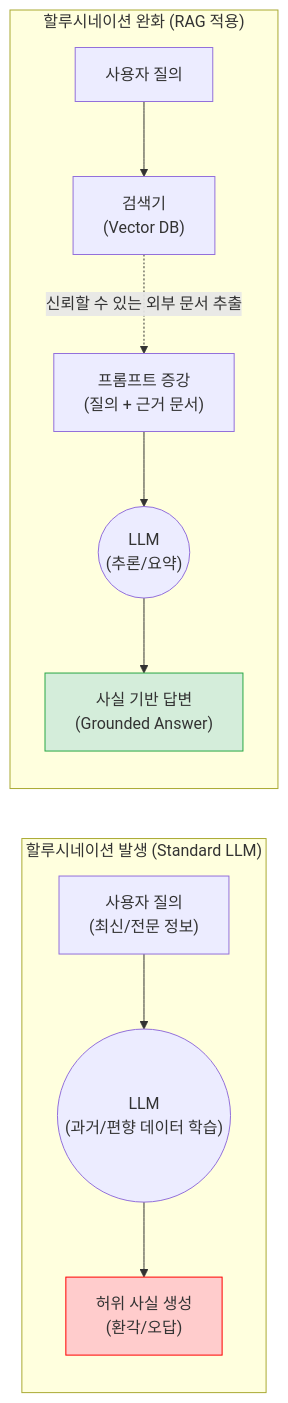
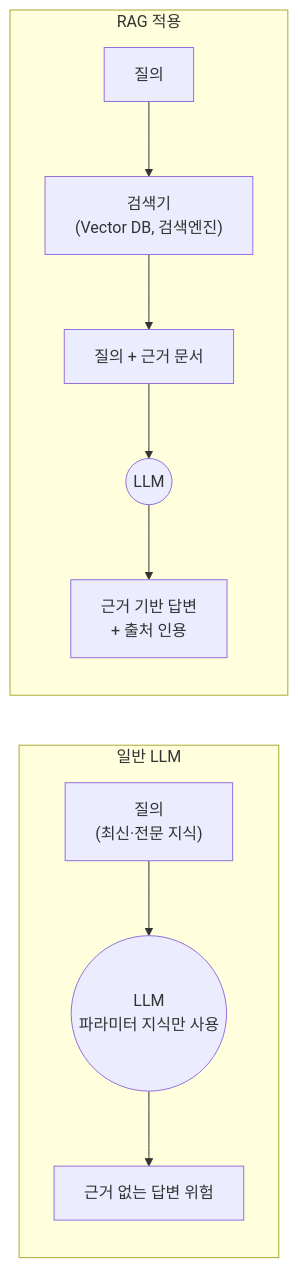
The diagram in content/01_IT Tech/할루시네이션.md (supremethumb/supremethumb.github.io), drawn with Mermaid before and after one commit. The commit also changed other lines of this file and 1087 other files, not shown here.

````diff
--- a/content/01_IT Tech/할루시네이션.md
+++ b/content/01_IT Tech/할루시네이션.md
@@ -33,21 +37,13 @@
 ```mermaid
 flowchart LR
-    subgraph "할루시네이션 발생 (Standard LLM)"
-        direction TB
-        User1["사용자 질의<br/>(최신/전문 정보)"] --> LLM1(("LLM<br/>(과거/편향 데이터 학습)"))
-        LLM1 --> Out1["허위 사실 생성<br/>(환각/오답)"]
-        
-        style Out1 fill:#ffcccc,stroke:#ff0000
+    subgraph A["일반 LLM"]
+        Q1["질의<br/>(최신·전문 지식)"] --> L1(("LLM<br/>파라미터 지식만 사용"))
+        L1 --> O1["근거 없는 답변 위험"]
     end
-    
-    subgraph "할루시네이션 완화 (RAG 적용)"
-        direction TB
-        User2["사용자 질의"] --> Retriever["검색기<br/>(Vector DB)"]
-        Retriever -. "신뢰할 수 있는 외부 문서 추출" .-> Prompt["프롬프트 증강<br/>(질의 + 근거 문서)"]
-        Prompt --> LLM2(("LLM<br/>(추론/요약)"))
-        LLM2 --> Out2["사실 기반 답변<br/>(Grounded Answer)"]
-        
-        style Out2 fill:#d4edda,stroke:#28a745
+    subgraph B["RAG 적용"]
+        Q2["질의"] --> R["검색기<br/>(Vector DB, 검색엔진)"]
+        R --> P["질의 + 근거 문서"]
+        P --> L2(("LLM"))
+        L2 --> O2["근거 기반 답변<br/>+ 출처 인용"]
     end
-
 ```
````
